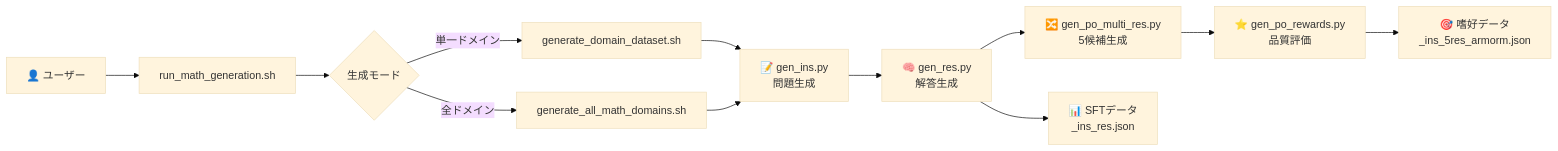
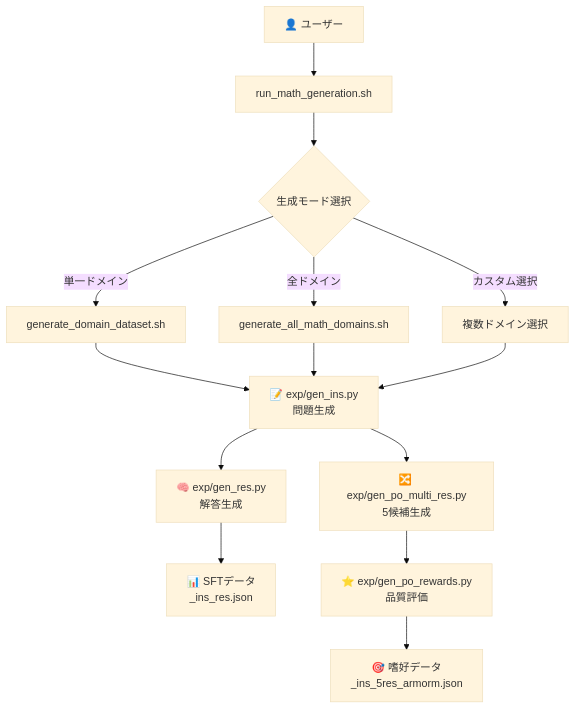
The diagram in README.md (Ohtani-y/magpie), drawn with Mermaid (base theme) before and after one commit. The commit also changed other lines of this file and 13 other files, not shown here.

````diff
--- a/README.md
+++ b/README.md
@@ -108,17 +146,19 @@
 ```mermaid
-graph LR
+graph TD
     A[👤 ユーザー] --> B[run_math_generation.sh]
-    B --> C{生成モード}
+    B --> C{生成モード選択}
     C -->|単一ドメイン| D[generate_domain_dataset.sh]
     C -->|全ドメイン| E[generate_all_math_domains.sh]
+    C -->|カスタム選択| F[複数ドメイン選択]
     
-    D --> F[📝 gen_ins.py<br/>問題生成]
-    E --> F
+    D --> G[📝 exp/gen_ins.py<br/>問題生成]
+    E --> G
+    F --> G
     
-    F --> G[🧠 gen_res.py<br/>解答生成]
-    G --> H[🔀 gen_po_multi_res.py<br/>5候補生成]
-    H --> I[⭐ gen_po_rewards.py<br/>品質評価]
+    G --> H[🧠 exp/gen_res.py<br/>解答生成]
+    G --> I[🔀 exp/gen_po_multi_res.py<br/>5候補生成]
     
-    G --> J[📊 SFTデータ<br/>_ins_res.json]
-    I --> K[🎯 嗜好データ<br/>_ins_5res_armorm.json]
+    H --> J[📊 SFTデータ<br/>_ins_res.json]
+    I --> K[⭐ exp/gen_po_rewards.py<br/>品質評価]
+    K --> L[🎯 嗜好データ<br/>_ins_5res_armorm.json]
 ```
````
